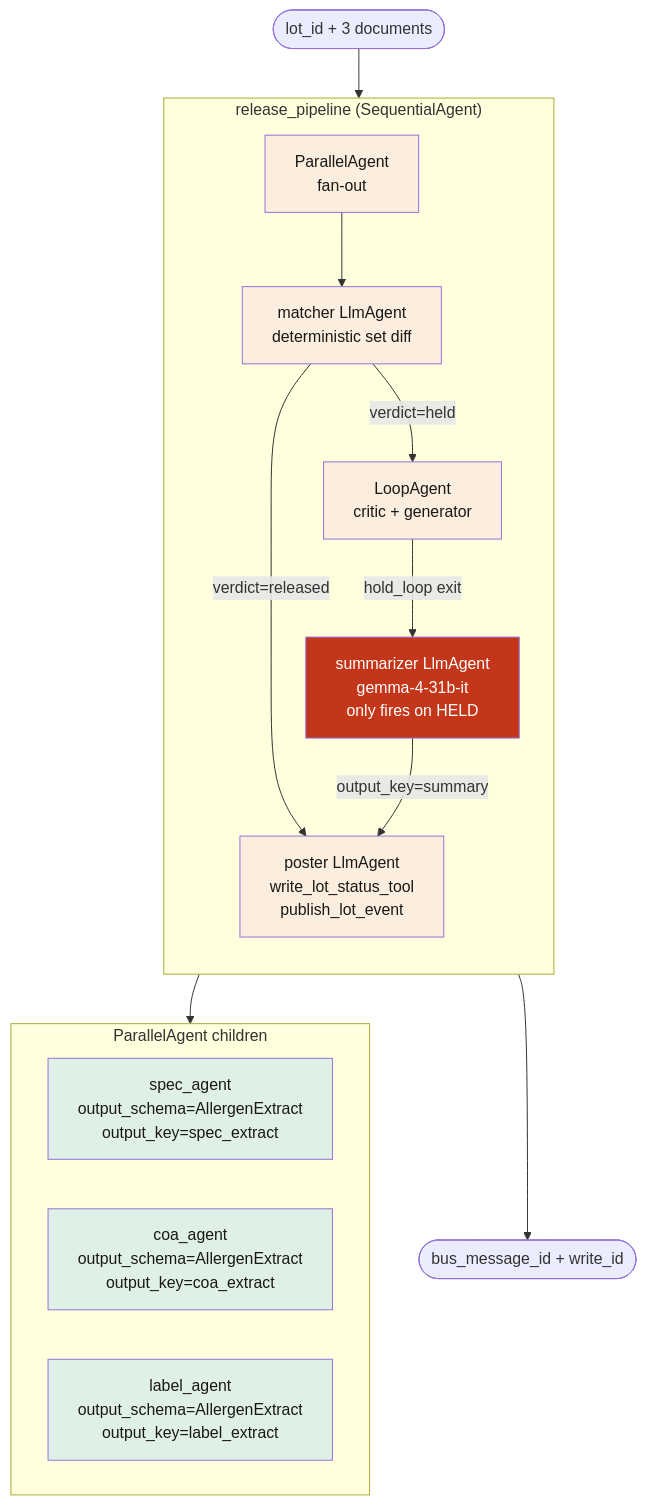
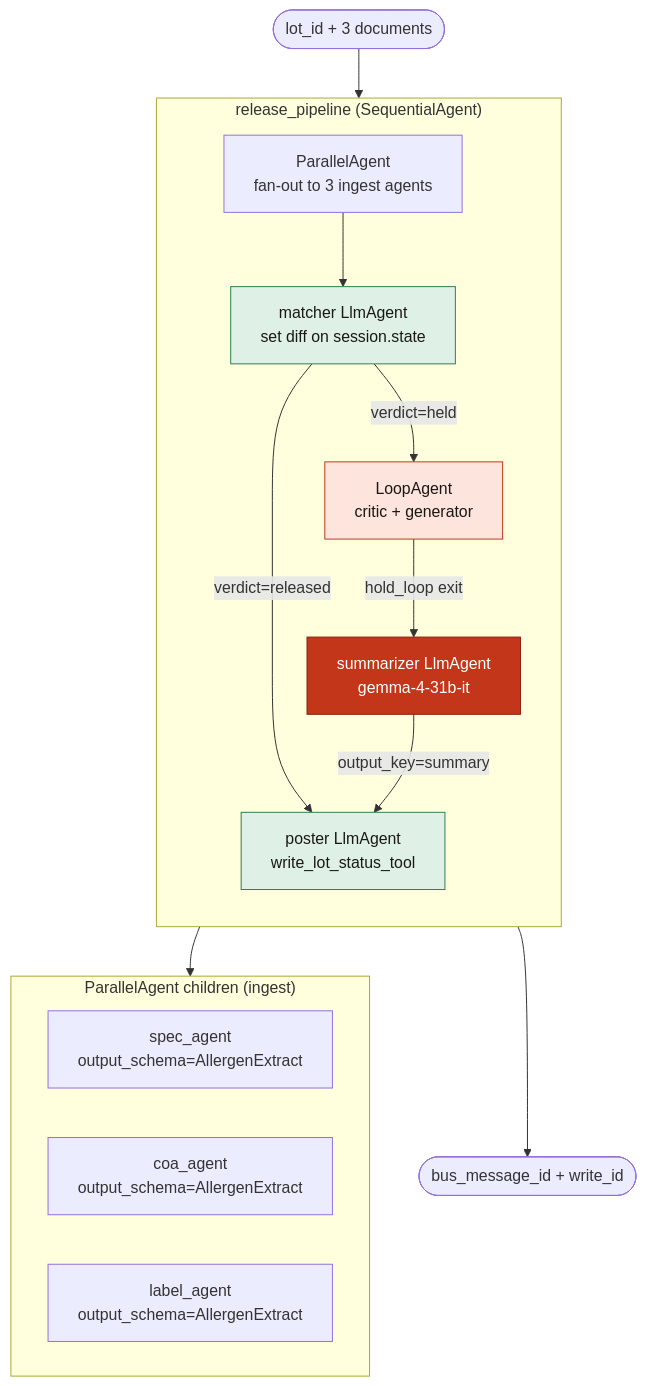
The second of 4 diagrams in README.md (AndreMashukov/label-hold), drawn with Mermaid before and after one commit. The commit also changed other lines of this file, not shown here.

First line of the commit message:
README: rewrite diagrams with Mermaid 10-compatible syntax + add input image examples

````diff
--- a/README.md
+++ b/README.md
@@ -115,38 +118,37 @@
 ```mermaid
 flowchart TB
-    Start([lot_id + 3 documents]) --> Seq
+  START(["lot_id + 3 documents"]) --> SEQ
 
-    subgraph Seq["release_pipeline (SequentialAgent)"]
-        direction TB
-        Fan[ParallelAgent<br/>fan-out]
-        Match[matcher LlmAgent<br/>deterministic set diff]
-        Hold[LoopAgent<br/>critic + generator]
-        Summary[summarizer LlmAgent<br/>gemma-4-31b-it<br/>only fires on HELD]
-        Poster[poster LlmAgent<br/>write_lot_status_tool<br/>publish_lot_event]
+  subgraph SEQ["release_pipeline (SequentialAgent)"]
+    direction TB
+    FAN["ParallelAgent<br/>fan-out to 3 ingest agents"]
+    MATCH["matcher LlmAgent<br/>set diff on session.state"]
+    HOLD["LoopAgent<br/>critic + generator"]
+    SUM["summarizer LlmAgent<br/>gemma-4-31b-it"]
+    POST["poster LlmAgent<br/>write_lot_status_tool"]
 
-        Fan --> Match
-        Match -->|"verdict=released"| Poster
-        Match -->|"verdict=held"| Hold
-        Hold -->|"hold_loop exit"| Summary
-        Summary -->|"output_key=summary"| Poster
-    end
+    FAN --> MATCH
+    MATCH -->|verdict=released| POST
+    MATCH -->|verdict=held| HOLD
+    HOLD -->|hold_loop exit| SUM
+    SUM -->|output_key=summary| POST
+  end
 
-    subgraph FanIngest["ParallelAgent children"]
-        Spec[spec_agent<br/>output_schema=AllergenExtract<br/>output_key=spec_extract]
-        CoA[coa_agent<br/>output_schema=AllergenExtract<br/>output_key=coa_extract]
-        Label[label_agent<br/>output_schema=AllergenExtract<br/>output_key=label_extract]
-    end
+  subgraph INGEST["ParallelAgent children (ingest)"]
+    SP["spec_agent<br/>output_schema=AllergenExtract"]
+    CA["coa_agent<br/>output_schema=AllergenExtract"]
+    LB["label_agent<br/>output_schema=AllergenExtract"]
+  end
 
-    Fan --> FanIngest
+  FAN --> INGEST
 
-    Seq --> End([bus_message_id + write_id])
+  SEQ --> DONE(["bus_message_id + write_id"])
 
-    style Fan fill:#fbeede,color:#1a1815
-    style Match fill:#fbeede,color:#1a1815
-    style Hold fill:#fbeede,color:#1a1815
-    style Summary fill:#c4361a,color:#fff
-    style Poster fill:#fbeede,color:#1a1815
-    style Spec fill:#dff1e6,color:#1a1815
-    style CoA fill:#dff1e6,color:#1a1815
-    style Label fill:#dff1e6,color:#1a1815
+  classDef held fill:#fde4dd,color:#1a1815,stroke:#c4361a,stroke-width:1px
+  classDef released fill:#dff1e6,color:#1a1815,stroke:#2f7d4f,stroke-width:1px
+  classDef primary fill:#c4361a,color:#fff,stroke:#8a1f0e,stroke-width:1px
+
+  class HOLD held
+  class MATCH,POST released
+  class SUM primary
 ```
````
